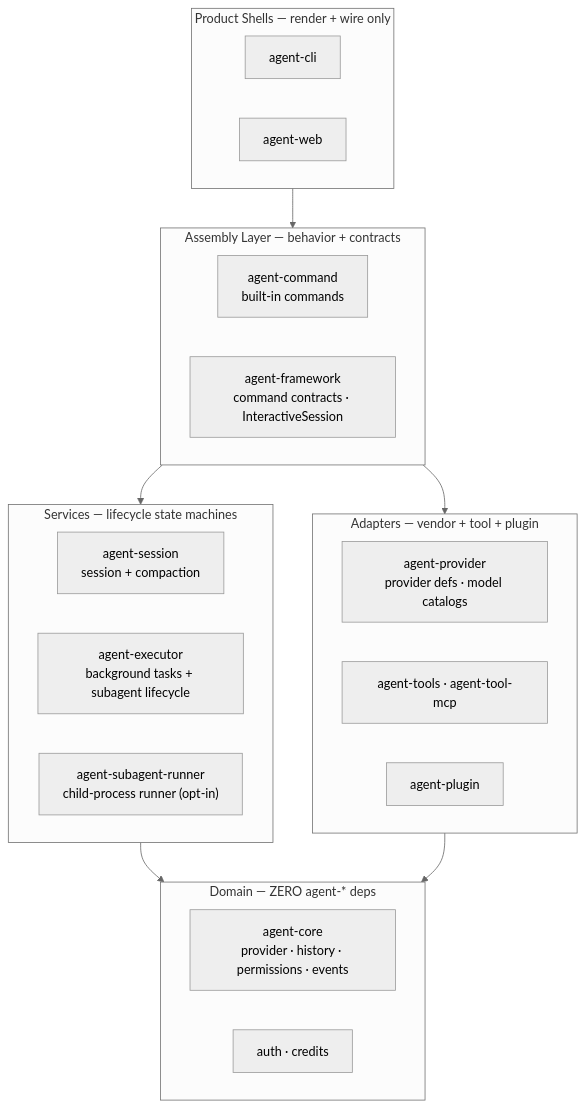
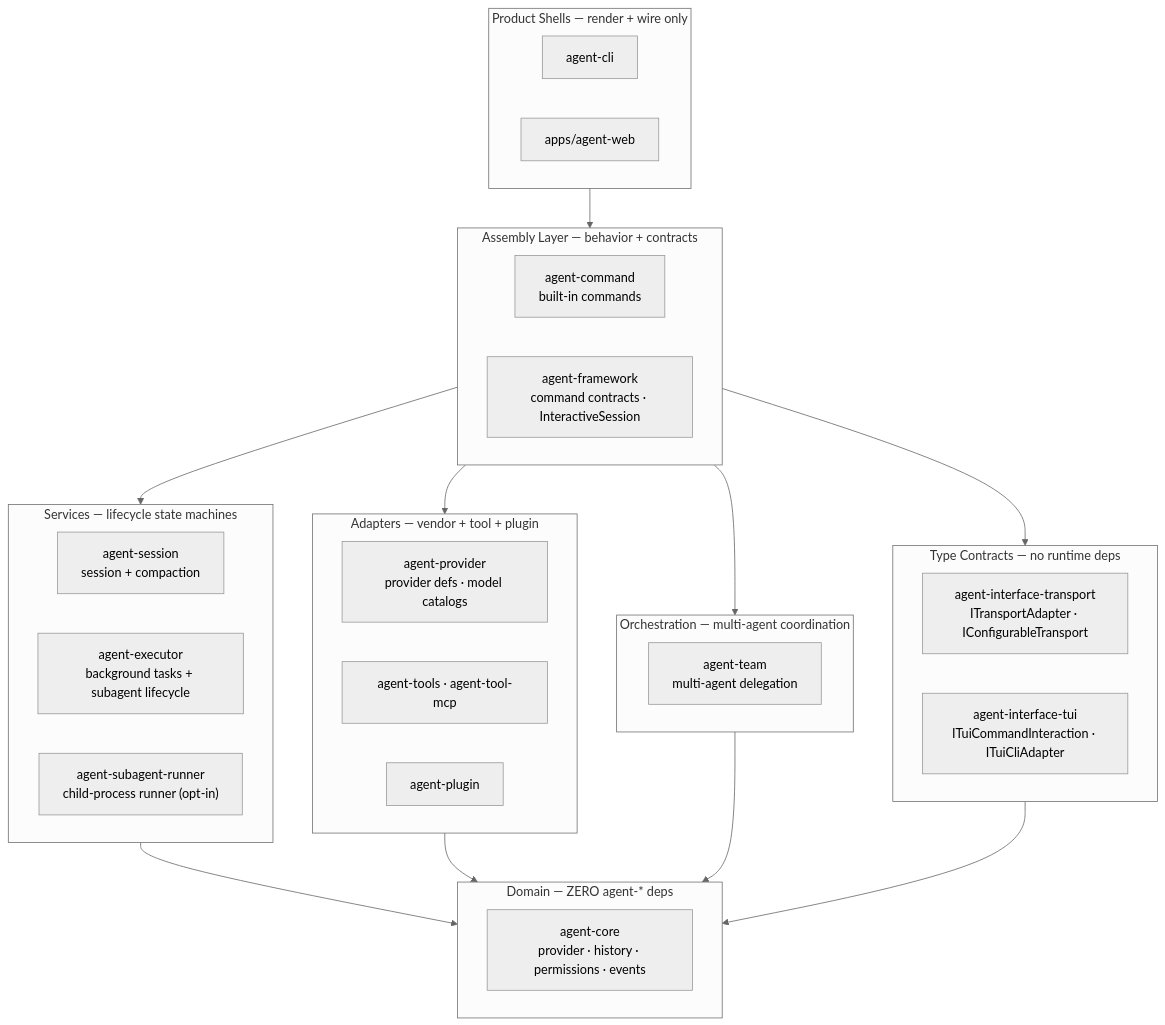
The diagram in .agents/specs/architecture-map/capability-placement.md (woojubb/robota), drawn with Mermaid (neutral theme) before and after one commit. The commit also changed other lines of this file and 18 other files, not shown here.

````diff
--- a/.agents/specs/architecture-map/capability-placement.md
+++ b/.agents/specs/architecture-map/capability-placement.md
@@ -14,31 +14,41 @@
 ```mermaid
 flowchart TB
   subgraph Shell["Product Shells — render + wire only"]
     CLI2["agent-cli"]
-    Web["agent-web"]
+    Web["apps/agent-web"]
   end
   subgraph Assembly["Assembly Layer — behavior + contracts"]
     CMD["agent-command\nbuilt-in commands"]
     FW["agent-framework\ncommand contracts · InteractiveSession"]
   end
   subgraph Services["Services — lifecycle state machines"]
     SESS["agent-session\nsession + compaction"]
     EXEC["agent-executor\nbackground tasks + subagent lifecycle"]
     SUBRUN["agent-subagent-runner\nchild-process runner (opt-in)"]
   end
   subgraph Adapters["Adapters — vendor + tool + plugin"]
     PROV["agent-provider\nprovider defs · model catalogs"]
     TOOLS["agent-tools · agent-tool-mcp"]
     PLUGIN["agent-plugin"]
   end
+  subgraph Orchestration["Orchestration — multi-agent coordination"]
+    TEAM["agent-team\nmulti-agent delegation"]
+  end
+  subgraph TypeContracts["Type Contracts — no runtime deps"]
+    IFTRANSPORT["agent-interface-transport\nITransportAdapter · IConfigurableTransport"]
+    IFTUI["agent-interface-tui\nITuiCommandInteraction · ITuiCliAdapter"]
+  end
   subgraph Domain["Domain — ZERO agent-* deps"]
     CORE["agent-core\nprovider · history · permissions · events"]
-    AUTH["auth · credits"]
   end
 
   Shell --> Assembly
   Assembly --> Services
   Assembly --> Adapters
+  Assembly --> Orchestration
+  Assembly --> TypeContracts
   Services --> Domain
   Adapters --> Domain
+  Orchestration --> Domain
+  TypeContracts --> Domain
 ```
````
